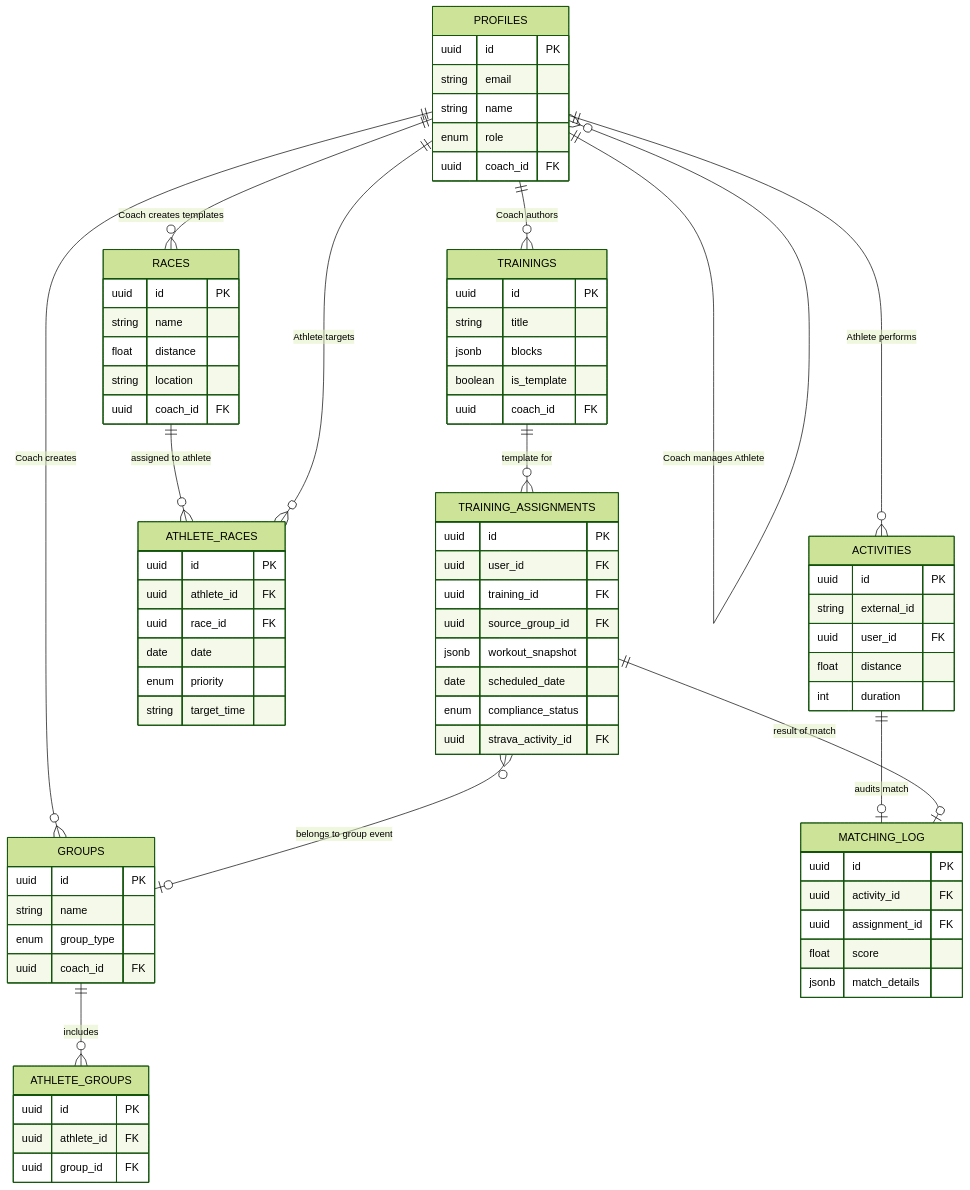
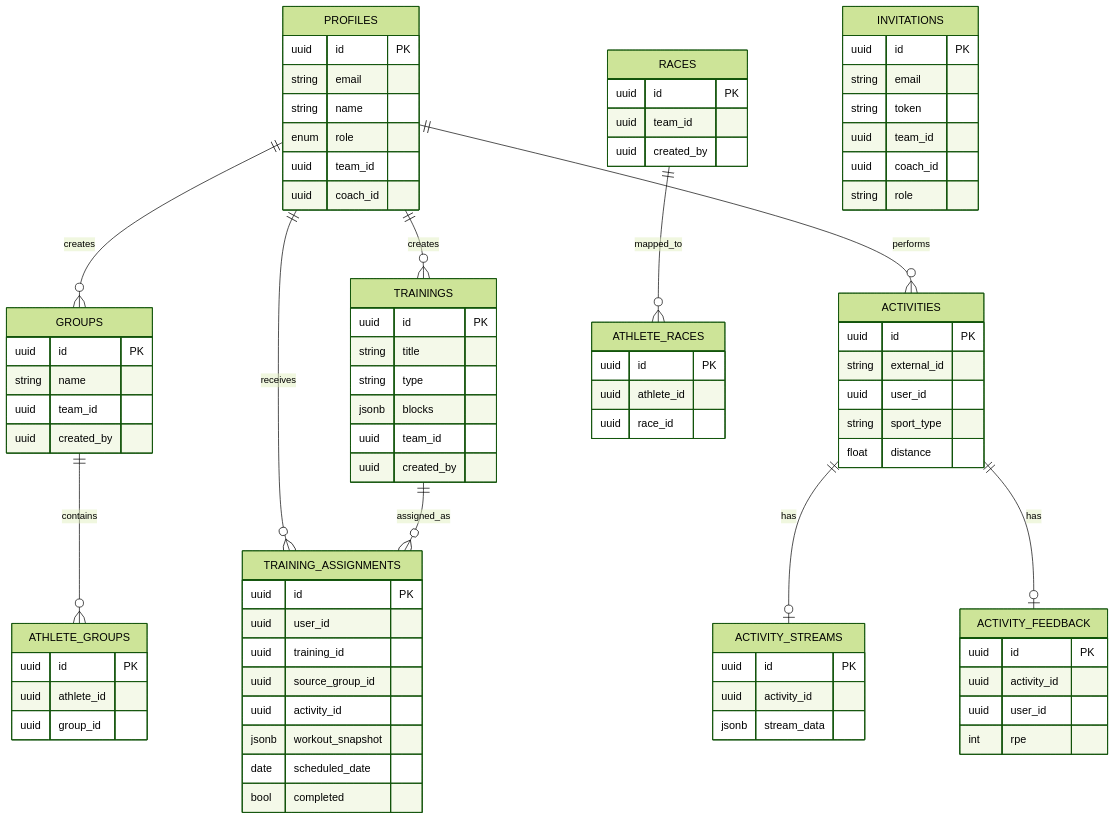
The diagram in documentation/models_and_relations.md (santiruffino/CoachHub-Running), drawn with Mermaid (forest theme) before and after one commit. The commit also changed other lines of this file and 39 other files, not shown here.

Commit message:
Update documentation to reflect current architecture and add platform audit reports.

````diff
--- a/documentation/models_and_relations.md
+++ b/documentation/models_and_relations.md
@@ -9,97 +7,96 @@
 ```mermaid
 erDiagram
-    %% Core Identity
     PROFILES {
         uuid id PK
         string email
         string name
         enum role
-        uuid coach_id FK
+        uuid team_id
+        uuid coach_id
     }
 
-    %% Grouping
     GROUPS {
         uuid id PK
         string name
-        enum group_type
-        uuid coach_id FK
+        uuid team_id
+        uuid created_by
     }
 
     ATHLETE_GROUPS {
         uuid id PK
-        uuid athlete_id FK
-        uuid group_id FK
+        uuid athlete_id
+        uuid group_id
     }
 
-    %% Workouts & Scheduling
     TRAININGS {
         uuid id PK
         string title
+        string type
         jsonb blocks
-        boolean is_template
-        uuid coach_id FK
+        uuid team_id
+        uuid created_by
     }
 
     TRAINING_ASSIGNMENTS {
         uuid id PK
-        uuid user_id FK
-        uuid training_id FK
-        uuid source_group_id FK
+        uuid user_id
+        uuid training_id
+        uuid source_group_id
+        uuid activity_id
         jsonb workout_snapshot
         date scheduled_date
-        enum compliance_status
-        uuid strava_activity_id FK
+        bool completed
     }
 
-    %% Race Management
+    ACTIVITIES {
+        uuid id PK
+        string external_id
+        uuid user_id
+        string sport_type
+        float distance
+    }
+
+    ACTIVITY_STREAMS {
+        uuid id PK
+        uuid activity_id
+        jsonb stream_data
+    }
+
+    ACTIVITY_FEEDBACK {
+        uuid id PK
+        uuid activity_id
+        uuid user_id
+        int rpe
+    }
+
     RACES {
         uuid id PK
-        string name
-        float distance
-        string location
-        uuid coach_id FK
+        uuid team_id
+        uuid created_by
     }
 
     ATHLETE_RACES {
         uuid id PK
-        uuid athlete_id FK
-        uuid race_id FK
-        date date
-        enum priority
-        string target_time
+        uuid athlete_id
+        uuid race_id
     }
 
-    %% External Data
-    ACTIVITIES {
+    INVITATIONS {
         uuid id PK
-        string external_id
-        uuid user_id FK
-        float distance
-        int duration
+        string email
+        string token
+        uuid team_id
+        uuid coach_id
+        string role
     }
 
-    MATCHING_LOG {
-        uuid id PK
-        uuid activity_id FK
-        uuid assignment_id FK
-        float score
-        jsonb match_details
-    }
-
-    %% Relationships
-    PROFILES ||--o{ PROFILES : "Coach manages Athlete"
-    PROFILES ||--o{ GROUPS : "Coach creates"
-    GROUPS ||--o{ ATHLETE_GROUPS : "includes"
-    
-    PROFILES ||--o{ TRAININGS : "Coach authors"
-    TRAININGS ||--o{ TRAINING_ASSIGNMENTS : "template for"
-    TRAINING_ASSIGNMENTS }o--o| GROUPS : "belongs to group event"
-    
-    PROFILES ||--o{ ACTIVITIES : "Athlete performs"
-    ACTIVITIES ||--o| MATCHING_LOG : "audits match"
-    TRAINING_ASSIGNMENTS ||--o| MATCHING_LOG : "result of match"
-    
-    PROFILES ||--o{ RACES : "Coach creates templates"
-    RACES ||--o{ ATHLETE_RACES : "assigned to athlete"
-    PROFILES ||--o{ ATHLETE_RACES : "Athlete targets"
+    PROFILES ||--o{ GROUPS : creates
+    PROFILES ||--o{ TRAININGS : creates
+    PROFILES ||--o{ ACTIVITIES : performs
+    PROFILES ||--o{ TRAINING_ASSIGNMENTS : receives
+    GROUPS ||--o{ ATHLETE_GROUPS : contains
+    TRAININGS ||--o{ TRAINING_ASSIGNMENTS : assigned_as
+    ACTIVITIES ||--o| ACTIVITY_STREAMS : has
+    ACTIVITIES ||--o| ACTIVITY_FEEDBACK : has
+    RACES ||--o{ ATHLETE_RACES : mapped_to
 ```
````
